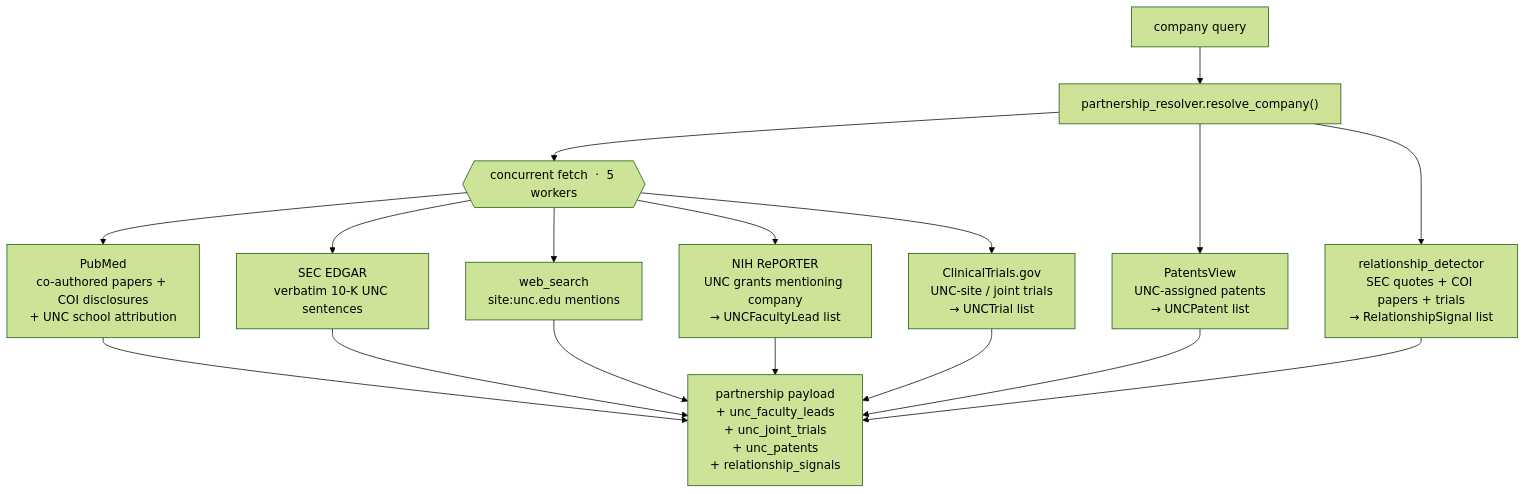
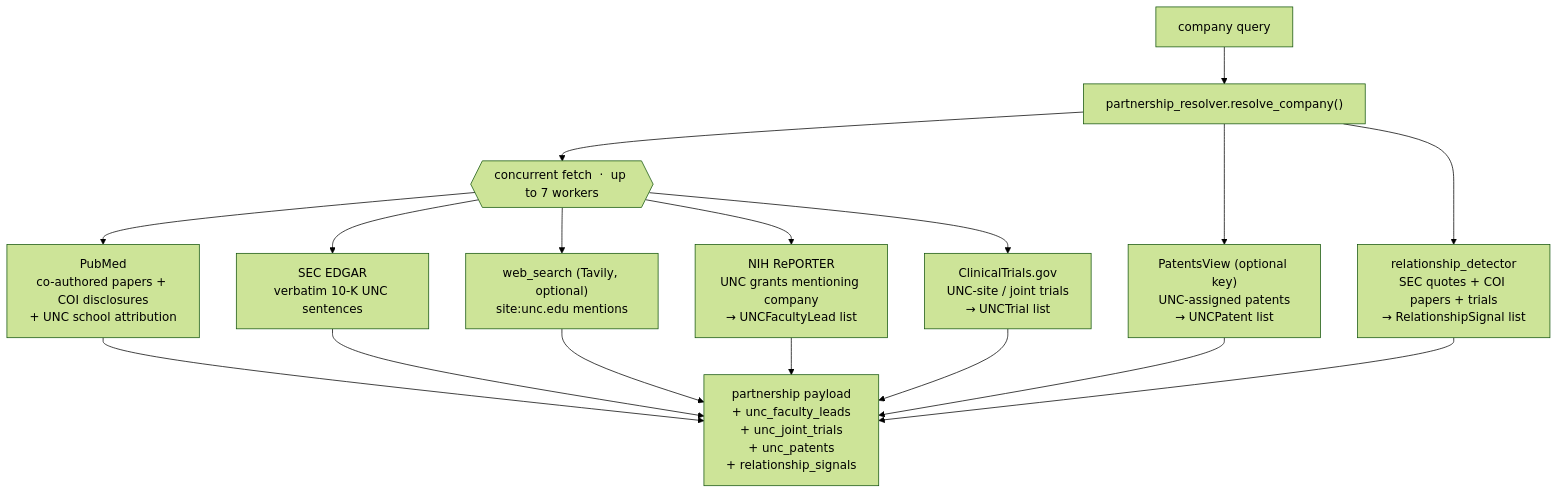
The sixth of 12 diagrams in README.md (AidanColvin/map-elt-research-graph-3), drawn with Mermaid (forest theme) before and after one commit. The commit also changed other lines of this file, not shown here.

````diff
--- a/README.md
+++ b/README.md
@@ -274,13 +264,13 @@
 ```mermaid
 flowchart TD
     Q["company query"] --> PR["partnership_resolver.resolve_company()"]
-    PR --> PAR{{"concurrent fetch  ·  5 workers"}}
+    PR --> PAR{{"concurrent fetch  ·  up to 7 workers"}}
     PAR --> PB["PubMed\nco-authored papers + COI disclosures\n+ UNC school attribution"]
     PAR --> SE["SEC EDGAR\nverbatim 10-K UNC sentences"]
-    PAR --> WS["web_search\nsite:unc.edu mentions"]
+    PAR --> WS["web_search (Tavily, optional)\nsite:unc.edu mentions"]
     PAR --> NH["NIH RePORTER\nUNC grants mentioning company\n→ UNCFacultyLead list"]
     PAR --> CT["ClinicalTrials.gov\nUNC-site / joint trials\n→ UNCTrial list"]
-    PR --> UP["PatentsView\nUNC-assigned patents\n→ UNCPatent list"]
+    PR --> UP["PatentsView (optional key)\nUNC-assigned patents\n→ UNCPatent list"]
     PR --> RD["relationship_detector\nSEC quotes + COI papers + trials\n→ RelationshipSignal list"]
     PB & SE & WS & NH & CT & UP & RD --> OUT["partnership payload\n+ unc_faculty_leads\n+ unc_joint_trials\n+ unc_patents\n+ relationship_signals"]
 ```
````
